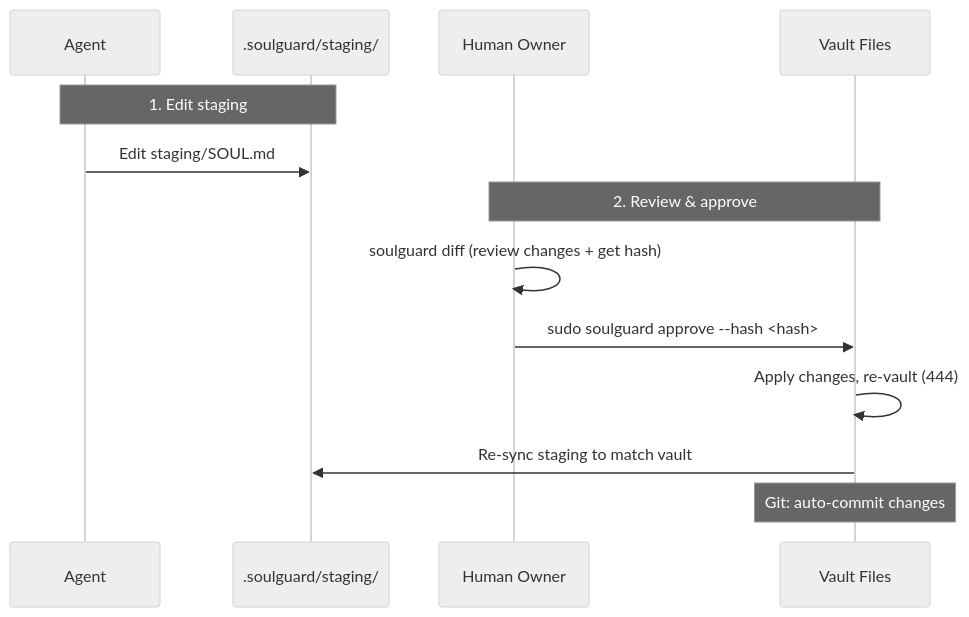
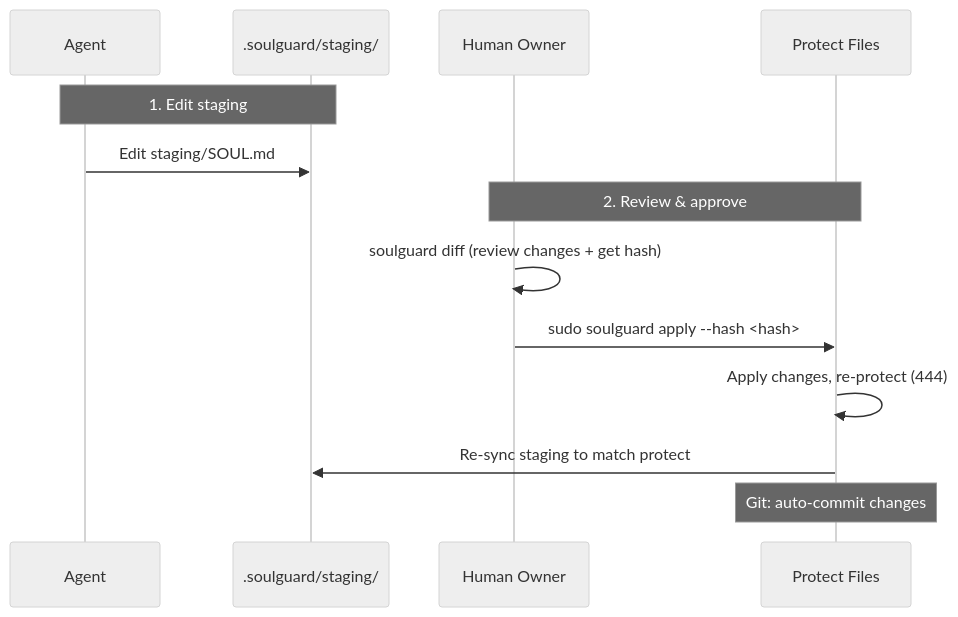
One commit to Mirascope/soulguard changed the second of 3 diagrams in DESIGN.md. Above: the diagram before and after it, drawn with Mermaid (neutral theme). The commit also changed other lines of this file and 78 other files, not shown here.

First line of the commit message:
refactor: rename vault/ledger to protect/watch, add version field (#43)

````diff
--- a/DESIGN.md
+++ b/DESIGN.md
@@ -143,17 +143,17 @@
 ```mermaid
 sequenceDiagram
     participant A as Agent
     participant S as .soulguard/staging/
     participant H as Human Owner
-    participant V as Vault Files
+    participant V as Protect Files
 
     Note over A,S: 1. Edit staging
     A->>S: Edit staging/SOUL.md
 
     Note over H,V: 2. Review & approve
     H->>H: soulguard diff (review changes + get hash)
-    H->>V: sudo soulguard approve --hash <hash>
-    V->>V: Apply changes, re-vault (444)
-    V->>S: Re-sync staging to match vault
+    H->>V: sudo soulguard apply --hash <hash>
+    V->>V: Apply changes, re-protect (444)
+    V->>S: Re-sync staging to match protect
     Note over V: Git: auto-commit changes
 ```
````
